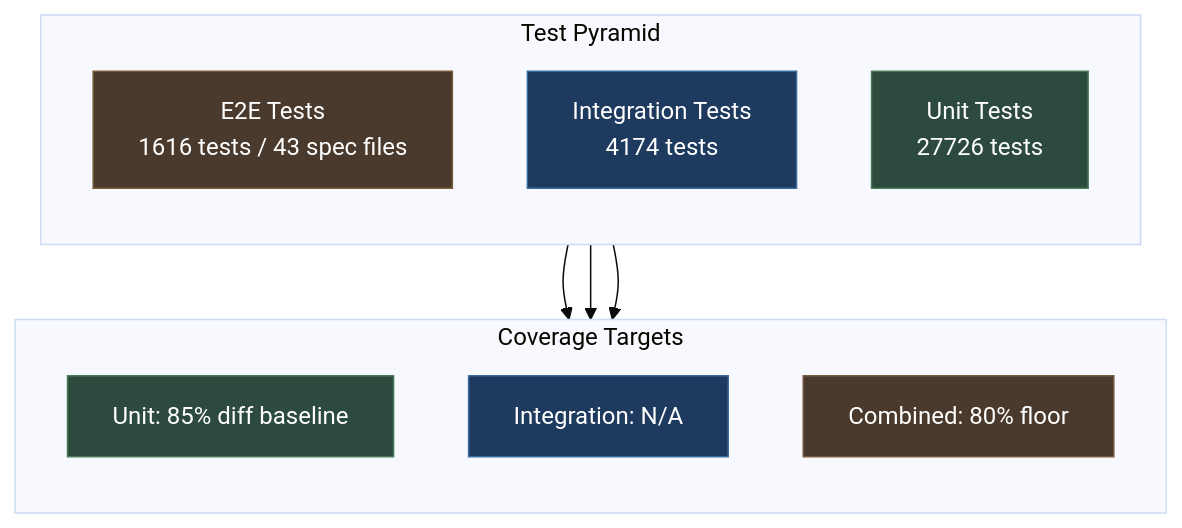
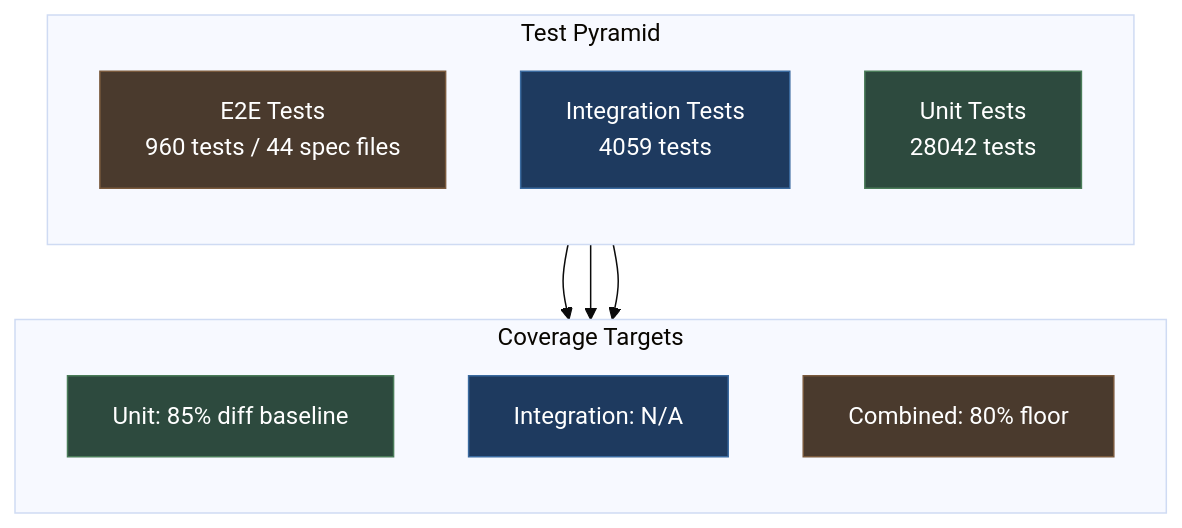
Before and after one commit to mikesvoboda/nemotron-v3-home-security-intelligence: the diagram in docs/developer/testing.md, drawn with Mermaid (base theme). The commit also changed other lines of this file and 231 other files, not shown here.

````diff
--- a/docs/developer/testing.md
+++ b/docs/developer/testing.md
@@ -35,27 +35,27 @@
 ```mermaid
 flowchart TB
     subgraph Pyramid["Test Pyramid"]
         direction TB
-        E2E["E2E Tests<br/>1616 tests / 43 spec files"]
-        INT["Integration Tests<br/>4174 tests"]
-        UNIT["Unit Tests<br/>27726 tests"]
+        E2E["E2E Tests<br/>960 tests / 44 spec files"]
+        INT["Integration Tests<br/>4059 tests"]
+        UNIT["Unit Tests<br/>28042 tests"]
     end
 
     subgraph Coverage["Coverage Targets"]
         direction TB
         UNIT_COV["Unit: 85% diff baseline"]
         INT_COV["Integration: N/A"]
         TOTAL_COV["Combined: 80% floor"]
     end
 
     UNIT --> UNIT_COV
     INT --> INT_COV
     E2E --> TOTAL_COV
 
     style UNIT fill:#2d4a3e,stroke:#4a7c59,color:#fff
     style INT fill:#1e3a5f,stroke:#3a6a9f,color:#fff
     style E2E fill:#4a3a2d,stroke:#7a5a3d,color:#fff
     style UNIT_COV fill:#2d4a3e,stroke:#4a7c59,color:#fff
     style INT_COV fill:#1e3a5f,stroke:#3a6a9f,color:#fff
     style TOTAL_COV fill:#4a3a2d,stroke:#7a5a3d,color:#fff
 ```
````
